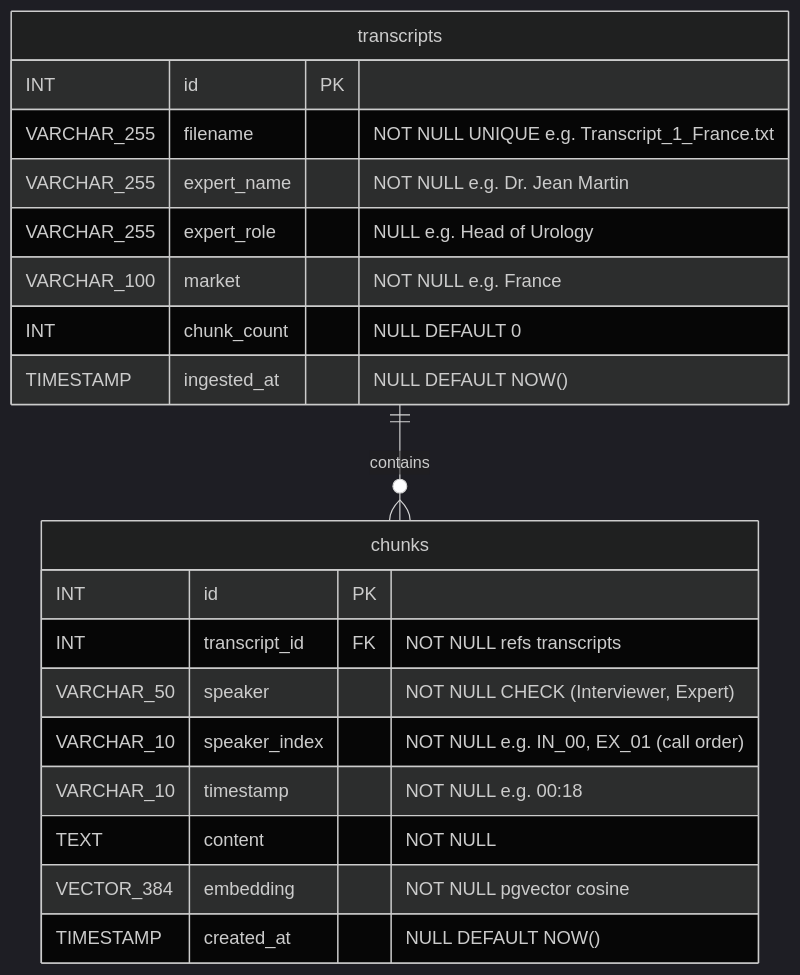
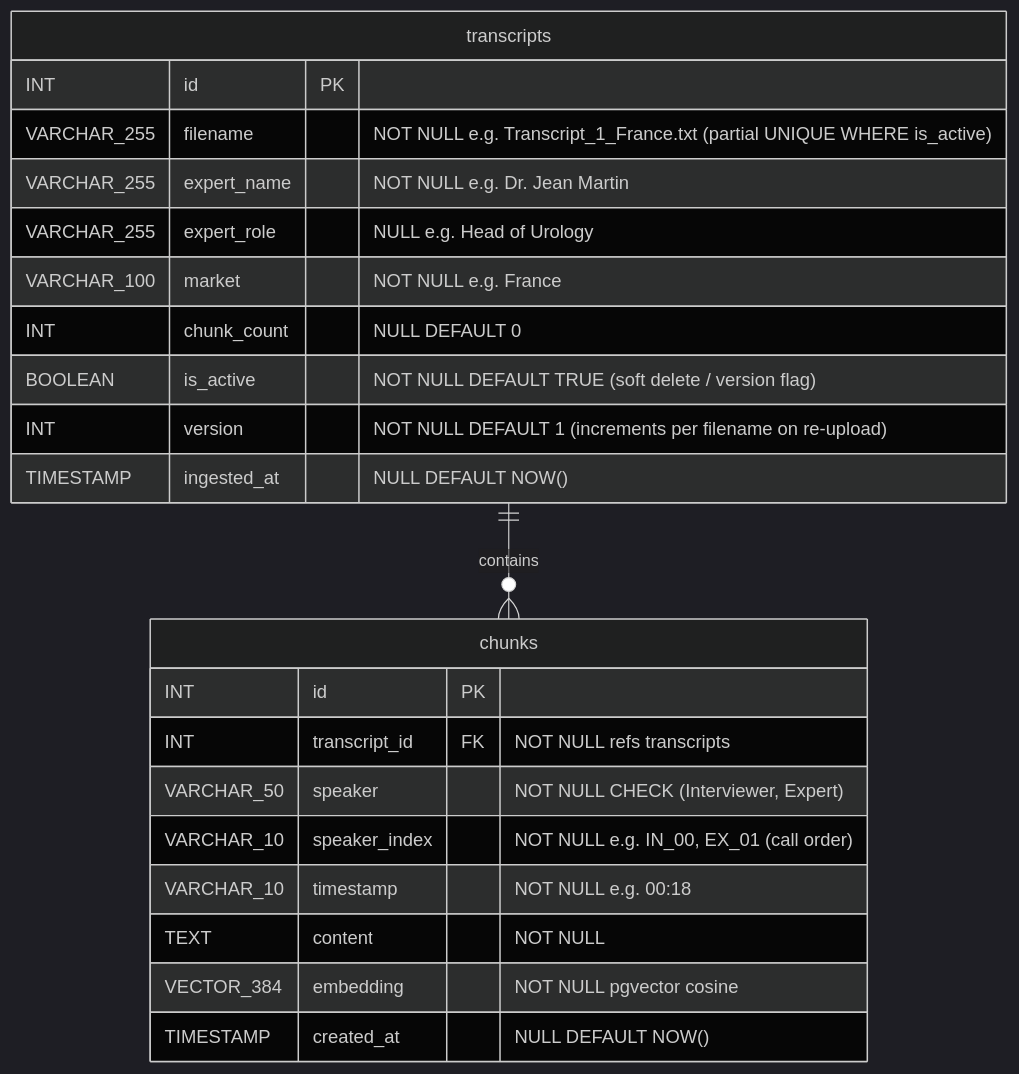
Before and after one commit to prathick24/Hasamex-RAG-Based-ChatBot-Backend: the diagram in design/er_diagram.mmd, drawn with Mermaid (dark theme). The commit also changed 45 other files, not shown here.

```diff
--- a/design/er_diagram.mmd
+++ b/design/er_diagram.mmd
@@ -1,24 +1,26 @@
 erDiagram
 
     transcripts {
         INT id PK
-        VARCHAR_255 filename "NOT NULL UNIQUE e.g. Transcript_1_France.txt"
+        VARCHAR_255 filename "NOT NULL e.g. Transcript_1_France.txt (partial UNIQUE WHERE is_active)"
         VARCHAR_255 expert_name "NOT NULL e.g. Dr. Jean Martin"
         VARCHAR_255 expert_role "NULL e.g. Head of Urology"
         VARCHAR_100 market "NOT NULL e.g. France"
         INT chunk_count "NULL DEFAULT 0"
+        BOOLEAN is_active "NOT NULL DEFAULT TRUE (soft delete / version flag)"
+        INT version "NOT NULL DEFAULT 1 (increments per filename on re-upload)"
         TIMESTAMP ingested_at "NULL DEFAULT NOW()"
     }
 
     chunks {
         INT id PK
         INT transcript_id FK "NOT NULL refs transcripts"
         VARCHAR_50 speaker "NOT NULL CHECK (Interviewer, Expert)"
         VARCHAR_10 speaker_index "NOT NULL e.g. IN_00, EX_01 (call order)"
         VARCHAR_10 timestamp "NOT NULL e.g. 00:18"
         TEXT content "NOT NULL"
         VECTOR_384 embedding "NOT NULL pgvector cosine"
         TIMESTAMP created_at "NULL DEFAULT NOW()"
     }
 
     transcripts ||--o{ chunks : "contains"
```
